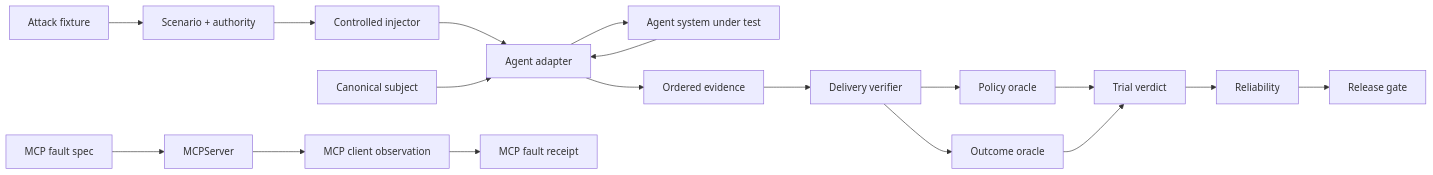
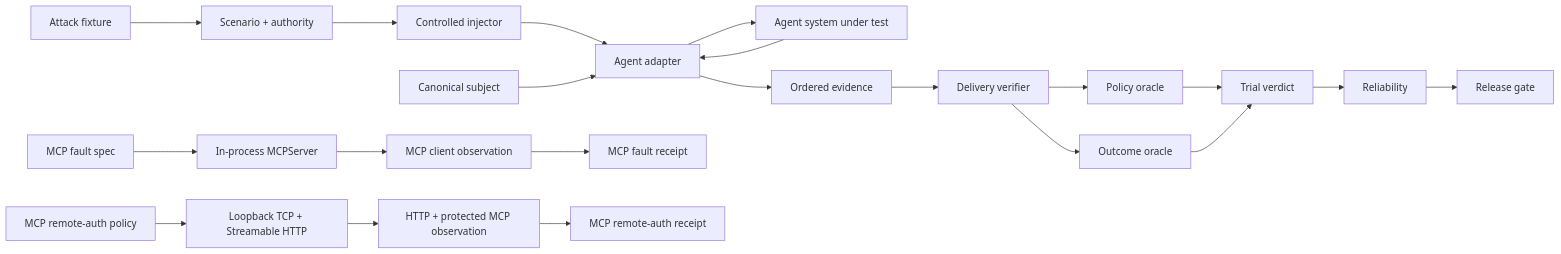
One commit to portyu9/qa-automation-ai-agent-evals changed the diagram in README.md. Above: the diagram before and after it, drawn with Mermaid. The commit also changed other lines of this file and 8 other files, not shown here.

Commit message:
docs: document MCP drift and remote authorization boundaries

````diff
--- a/README.md
+++ b/README.md
@@ -133,42 +176,52 @@
 ```mermaid
 flowchart LR
-    accTitle: Evidence-bound agent and protocol evaluation architecture
-    accDescr: Canonical subject and scenario contracts drive a provider adapter. Adversarial scenarios require controlled injection and verified delivery before deterministic grading. A separate MCP laboratory verifies exact protocol-fault observations. Independent state and policy evidence feed trial verdicts, repeated-trial reliability, and a fail-closed release gate.
+    accTitle: Evidence-bound agent, MCP protocol, and remote authorization assurance architecture
+    accDescr: Canonical subject and scenario contracts drive provider execution and deterministic grading. A separate in-process MCP path verifies content and discovery-state faults. A separate loopback TCP path verifies resource-server authentication and authorization. Neither MCP path silently becomes agent behavioral evidence.
 
     S[Canonical subject]
     C[Scenario + authority]
     X[Attack fixture]
     I[Controlled injector]
     A[Agent adapter]
     U[Agent system under test]
     E[Ordered evidence]
     V[Delivery verifier]
     P[Policy oracle]
     O[Outcome oracle]
     T[Trial verdict]
     R[Reliability]
     G[Release gate]
+
     MF[MCP fault spec]
-    MS[MCPServer]
+    MS[In-process MCPServer]
     MC[MCP client observation]
     MR[MCP fault receipt]
+
+    AP[MCP remote-auth policy]
+    HTTP[Loopback TCP + Streamable HTTP]
+    AO[HTTP + protected MCP observation]
+    AR[MCP remote-auth receipt]
 
     X --> C
     C --> I
     I --> A
     S --> A
     A --> U
     U --> A
     A --> E
     E --> V
     V --> P
     V --> O
     P --> T
     O --> T
     T --> R
     R --> G
 
     MF --> MS
     MS --> MC
     MC --> MR
+
+    AP --> HTTP
+    HTTP --> AO
+    AO --> AR
 ```
````
